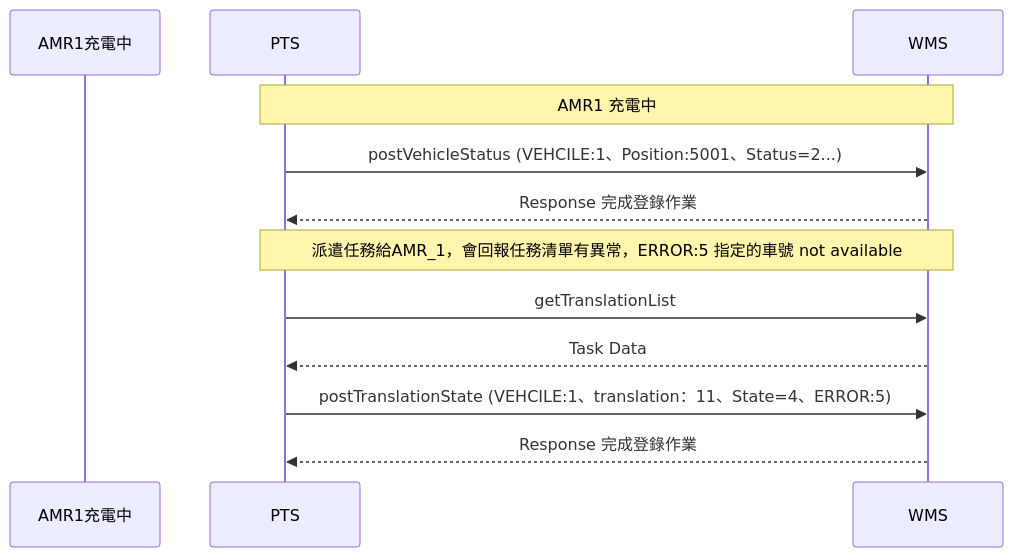
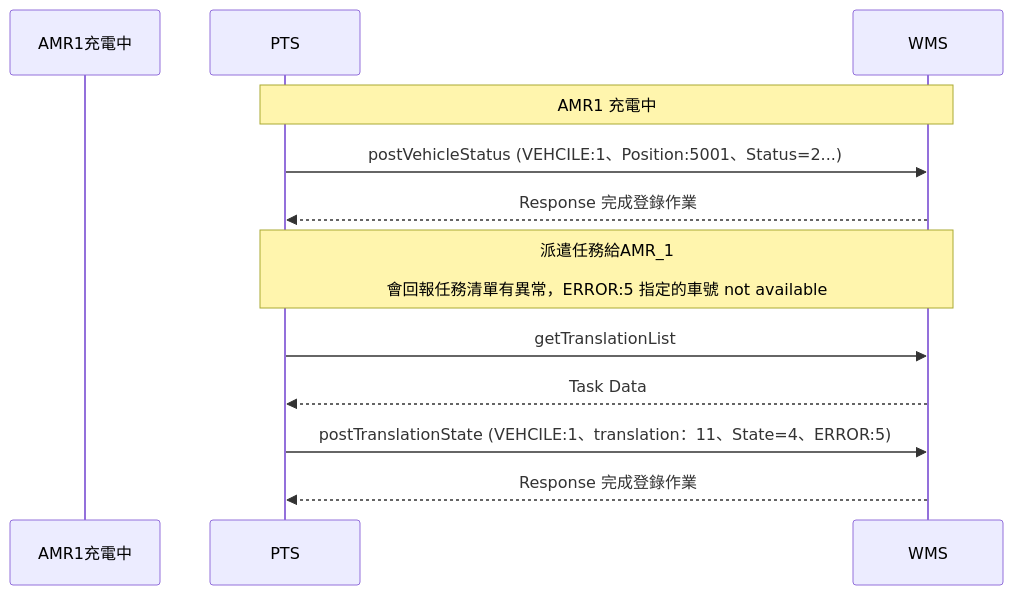
Before and after one commit to athena-tircgo/amr-wms-lsj: the ninth of 9 diagrams in README.md, drawn with Mermaid.

````diff
--- a/README.md
+++ b/README.md
@@ -430,18 +430,18 @@
 ```mermaid
 sequenceDiagram
     participant AMR1充電中
     participant PTS
     participant WMS
 
 note over PTS,WMS: AMR1 充電中
      PTS->>WMS: postVehicleStatus (VEHCILE:1、Position:5001、Status=2...)
      WMS-->>PTS:Response 完成登錄作業
 
-note over PTS,WMS:派遣任務給AMR_1，會回報任務清單有異常，ERROR:5 指定的車號 not available
+note over PTS,WMS:派遣任務給AMR_1<br><br>會回報任務清單有異常，ERROR:5 指定的車號 not available
      PTS->>WMS: getTranslationList
      WMS-->>PTS: Task Data
      PTS->>WMS: postTranslationState (VEHCILE:1、translation：11、State=4、ERROR:5)
      WMS-->>PTS:Response 完成登錄作業
 
 
 ```
````
